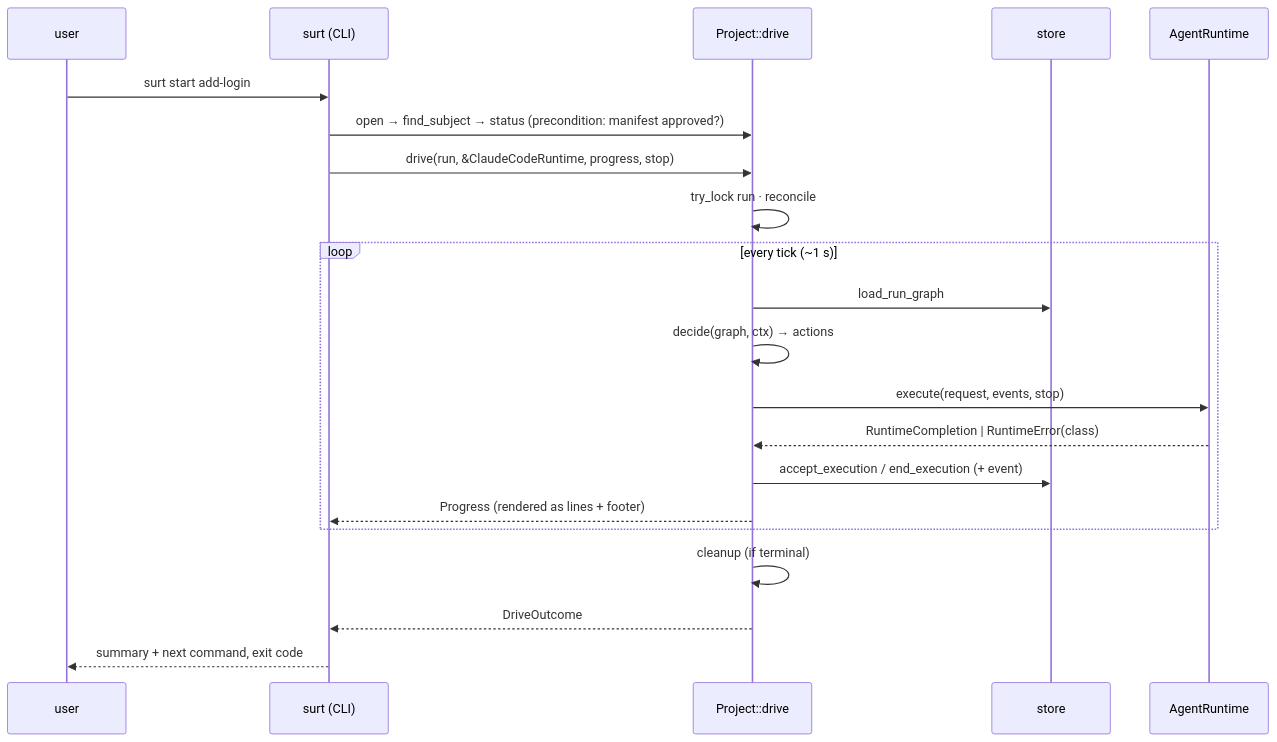
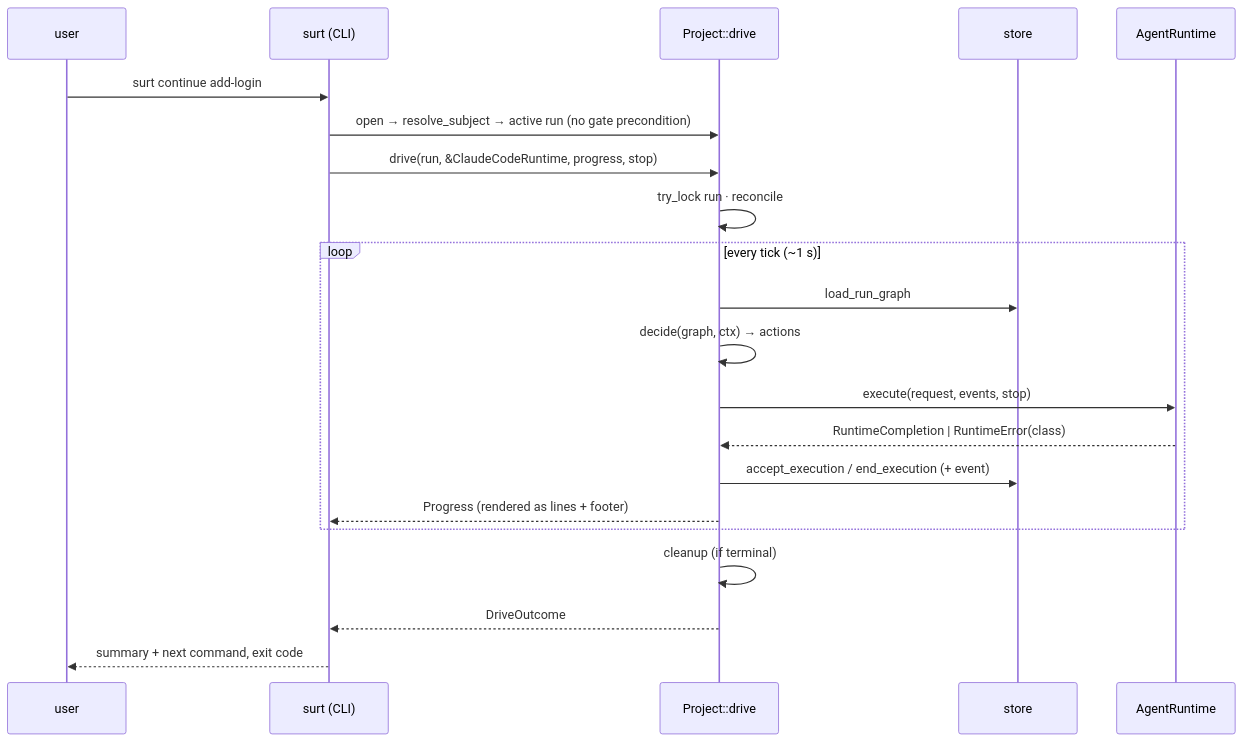
The second of 2 diagrams in docs/architecture/A-overview.md (kalieleduard/surt), drawn with Mermaid before and after one commit. The commit also changed other lines of this file and 12 other files, not shown here.

````diff
--- a/docs/architecture/A-overview.md
+++ b/docs/architecture/A-overview.md
@@ -46,23 +46,23 @@
 ```mermaid
 sequenceDiagram
   participant U as user
   participant C as surt (CLI)
   participant P as Project::drive
   participant S as store
   participant RT as AgentRuntime
-  U->>C: surt start add-login
-  C->>P: open → find_subject → status (precondition: manifest approved?)
+  U->>C: surt continue add-login
+  C->>P: open → resolve_subject → active run (no gate precondition)
   C->>P: drive(run, &ClaudeCodeRuntime, progress, stop)
   P->>P: try_lock run · reconcile
   loop every tick (~1 s)
     P->>S: load_run_graph
     P->>P: decide(graph, ctx) → actions
     P->>RT: execute(request, events, stop)
     RT-->>P: RuntimeCompletion | RuntimeError(class)
     P->>S: accept_execution / end_execution (+ event)
     P-->>C: Progress (rendered as lines + footer)
   end
   P->>P: cleanup (if terminal)
   P-->>C: DriveOutcome
   C-->>U: summary + next command, exit code
 ```
````
